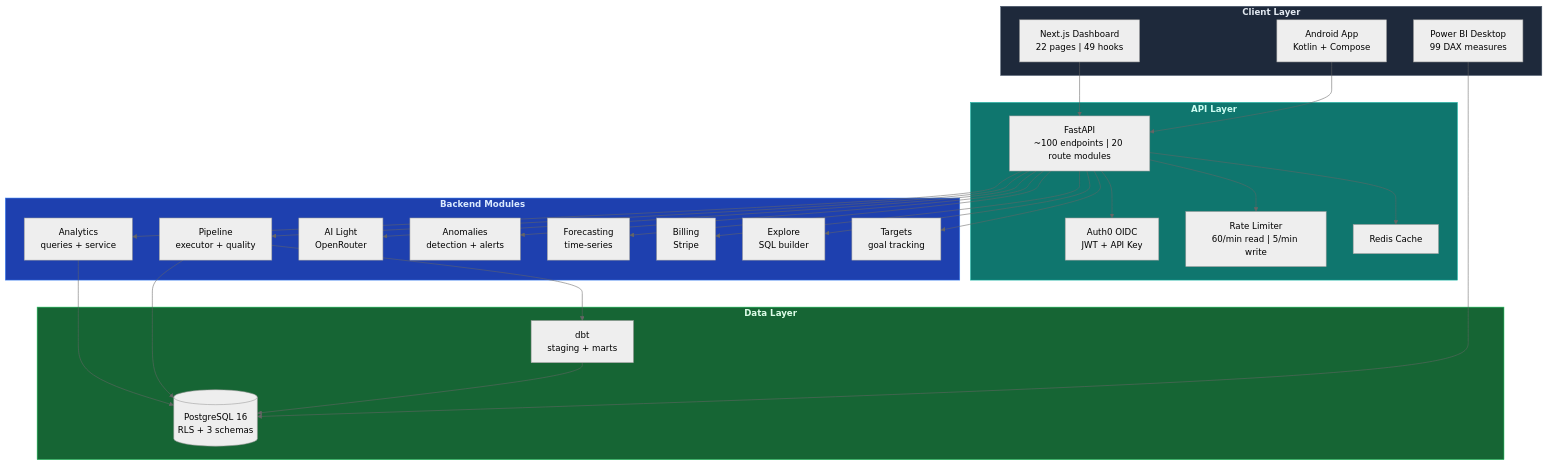
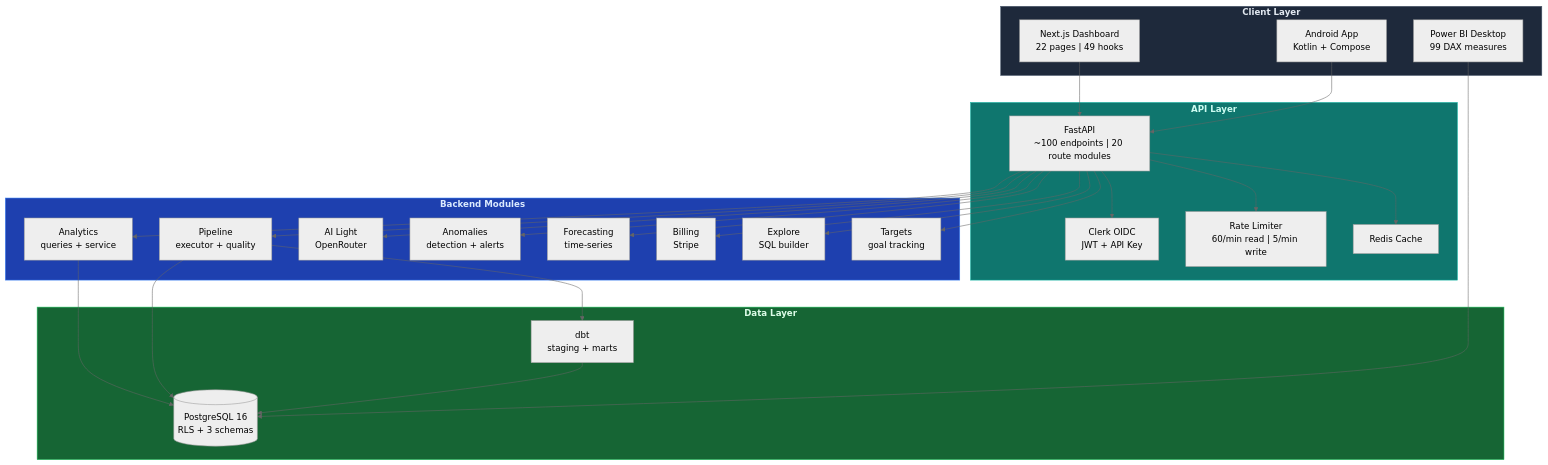
The second of 3 diagrams in README.md (ahmed-shaaban-94/SAAS), drawn with Mermaid (neutral theme) before and after one commit. The commit also changed other lines of this file and 4 other files, not shown here.

First line of the commit message:
docs: fix canonical README/ARCHITECTURE drift + scrub deploy IP (#660)

````diff
--- a/README.md
+++ b/README.md
@@ -116,55 +116,55 @@
 ```mermaid
 flowchart TB
     subgraph CLIENT["<b>Client Layer</b>"]
         WEB["Next.js Dashboard<br/>22 pages | 49 hooks"]
         MOBILE["Android App<br/>Kotlin + Compose"]
         PBI["Power BI Desktop<br/>99 DAX measures"]
     end
 
     subgraph API_LAYER["<b>API Layer</b>"]
         FASTAPI["FastAPI<br/>~100 endpoints | 20 route modules"]
-        AUTH["Auth0 OIDC<br/>JWT + API Key"]
+        AUTH["Clerk OIDC<br/>JWT + API Key"]
         RATE["Rate Limiter<br/>60/min read | 5/min write"]
         CACHE["Redis Cache"]
     end
 
     subgraph BACKEND["<b>Backend Modules</b>"]
         ANALYTICS["Analytics<br/>queries + service"]
         PIPELINE["Pipeline<br/>executor + quality"]
         AI["AI Light<br/>OpenRouter"]
         ANOMALY["Anomalies<br/>detection + alerts"]
         FORECAST["Forecasting<br/>time-series"]
         BILLING["Billing<br/>Stripe"]
         EXPLORE["Explore<br/>SQL builder"]
         TARGETS["Targets<br/>goal tracking"]
     end
 
     subgraph DATA["<b>Data Layer</b>"]
         PG[("PostgreSQL 16<br/>RLS + 3 schemas")]
         DBT["dbt<br/>staging + marts"]
     end
 
     WEB --> FASTAPI
     MOBILE --> FASTAPI
     FASTAPI --> AUTH
     FASTAPI --> RATE
     FASTAPI --> CACHE
     FASTAPI --> ANALYTICS
     FASTAPI --> PIPELINE
     FASTAPI --> AI
     FASTAPI --> ANOMALY
     FASTAPI --> FORECAST
     FASTAPI --> BILLING
     FASTAPI --> EXPLORE
     FASTAPI --> TARGETS
     ANALYTICS --> PG
     PIPELINE --> PG
     PIPELINE --> DBT
     DBT --> PG
     PBI --> PG
 
     style CLIENT fill:#1e293b,stroke:#475569,color:#e2e8f0
     style API_LAYER fill:#0f766e,stroke:#14b8a6,color:#ccfbf1
     style BACKEND fill:#1e40af,stroke:#3b82f6,color:#dbeafe
     style DATA fill:#166534,stroke:#22c55e,color:#dcfce7
 ```
````
